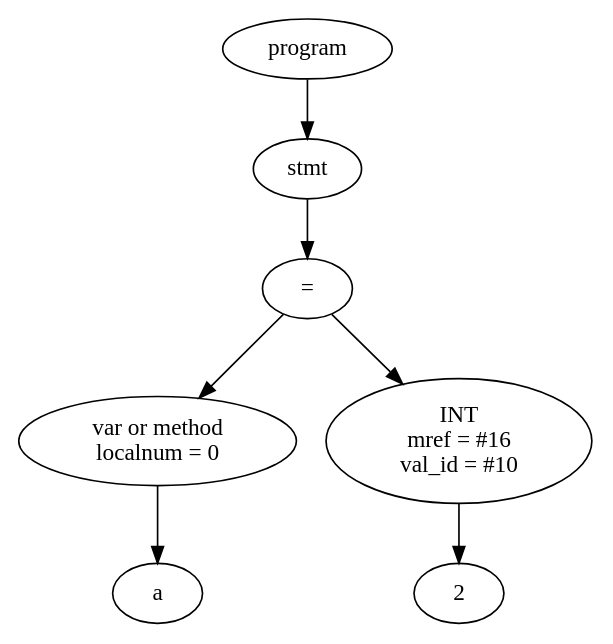
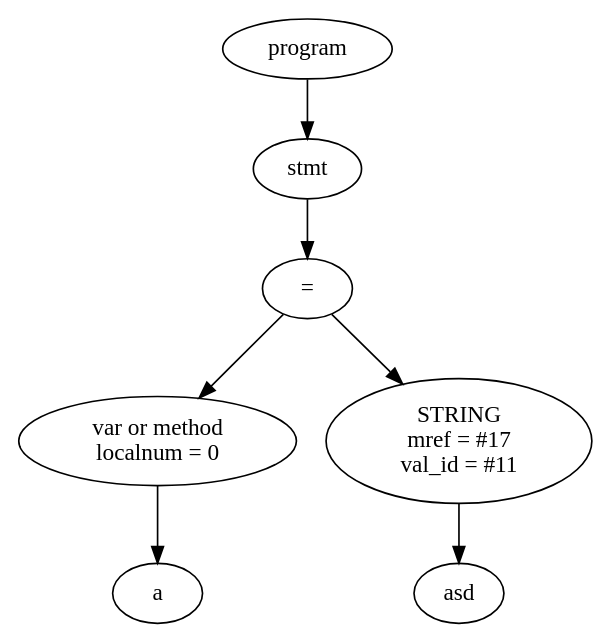
One commit to vitek999/ruby_compiler changed the diagram in RubyCompiler/tree.dot. Above: the diagram before and after it, drawn with Graphviz. The commit also changed 5 other files, not shown here.

```diff
--- a/RubyCompiler/tree.dot
+++ b/RubyCompiler/tree.dot
@@ -1,15 +1,15 @@
 digraph G {
-Id011C8DC0 [label="program"]
-Id011D3CF8 [label="stmt"]
-Id011D3C98 [label="="]
-Id011D3BD8 [label="var or method\n localnum = 0"]
-IdVal011D3BD8 [label="a"]
-Id011D3BD8->IdVal011D3BD8
-Id011D3C38 [label="INT\n mref = #16\n val_id = #10"]
-IdVal011D3C38 [label="2"]
-Id011D3C38->IdVal011D3C38
-Id011D3C98->Id011D3BD8
-Id011D3C98->Id011D3C38
-Id011D3CF8->Id011D3C98
-Id011C8DC0->Id011D3CF8
+Id010E9D60 [label="program"]
+Id010F3CE0 [label="stmt"]
+Id010F3C80 [label="="]
+Id010F3BC0 [label="var or method\n localnum = 0"]
+IdVal010F3BC0 [label="a"]
+Id010F3BC0->IdVal010F3BC0
+Id010F3C20 [label="STRING\n mref = #17\n val_id = #11"]
+IdVal010F3C20 [label="asd"]
+Id010F3C20->IdVal010F3C20
+Id010F3C80->Id010F3BC0
+Id010F3C80->Id010F3C20
+Id010F3CE0->Id010F3C80
+Id010E9D60->Id010F3CE0
 }
```
